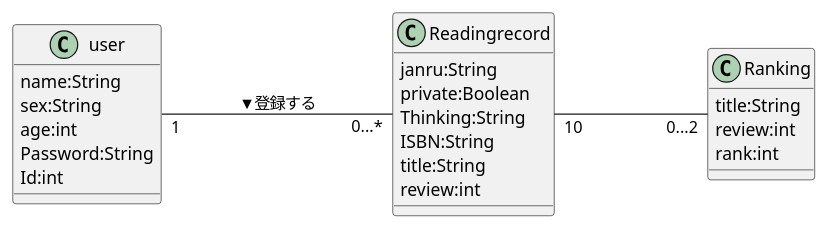
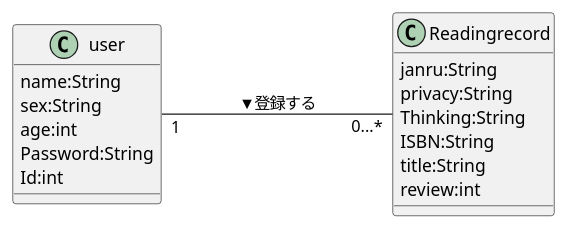
One commit to suzukengo/BookRecordManager changed the diagram in docs/class.pu. Above: the diagram before and after it, drawn with PlantUML. The commit also changed 1734 other files, not shown here.

```diff
--- a/docs/class.pu
+++ b/docs/class.pu
@@ -1,34 +1,28 @@
 @startuml class_diagram
 
 class user{
     name:String
     sex:String
     age:int
     Password:String
     Id:int
 }
 
 
 class Readingrecord{
     janru:String
-    private:Boolean
+    privacy:String
     Thinking:String
     ISBN:String
     title:String
     review:int
 }
 
 
-class Ranking{
-    title:String
-    review:int
-    rank:int
-}
 
 ' 関係を定義 
 left to right direction
 user "1" --- "0...*" Readingrecord:"▼登録する"
-Readingrecord "10" --- "0...2" Ranking
 
 ' umlの終了を宣言
 @enduml
```
